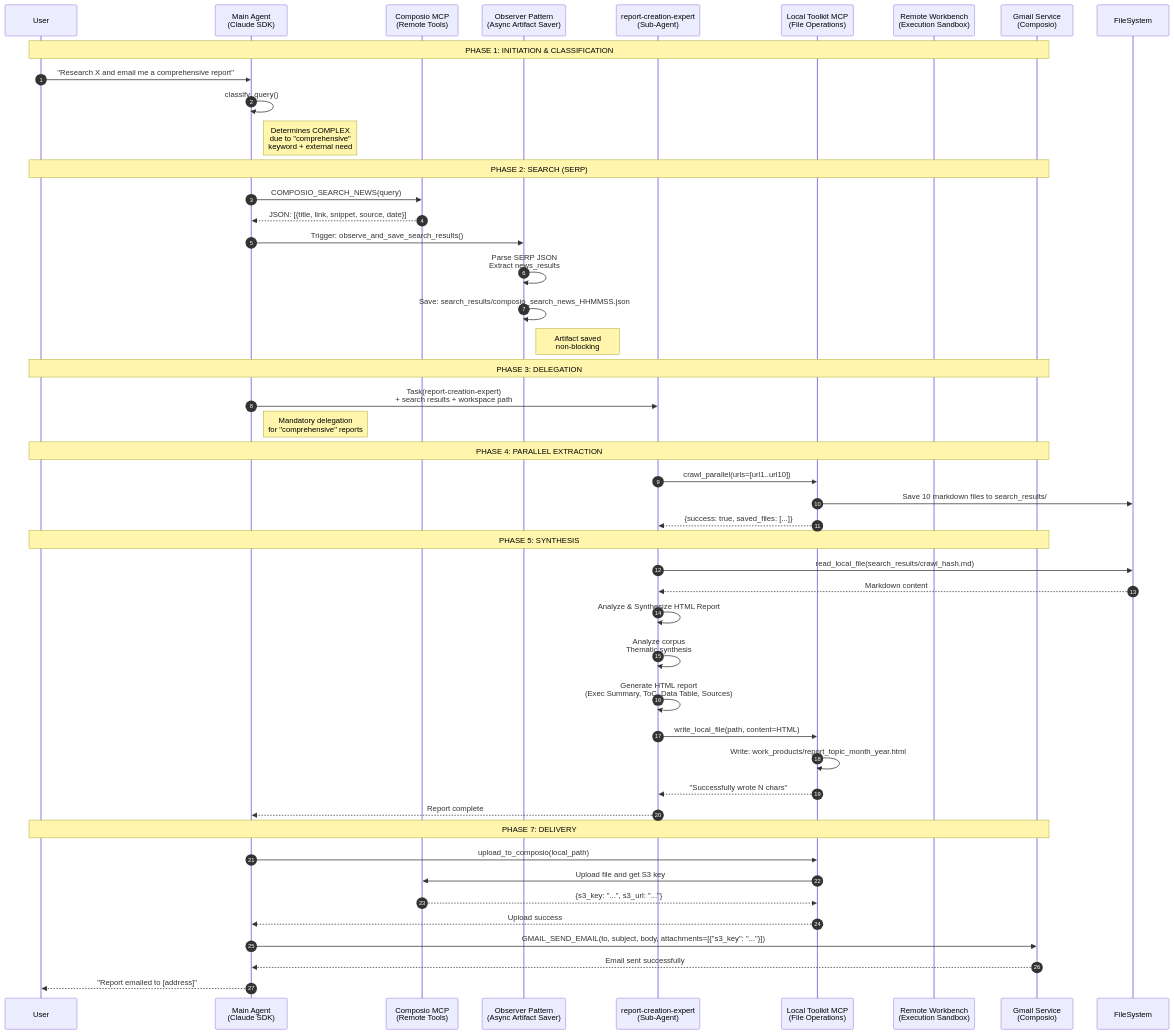
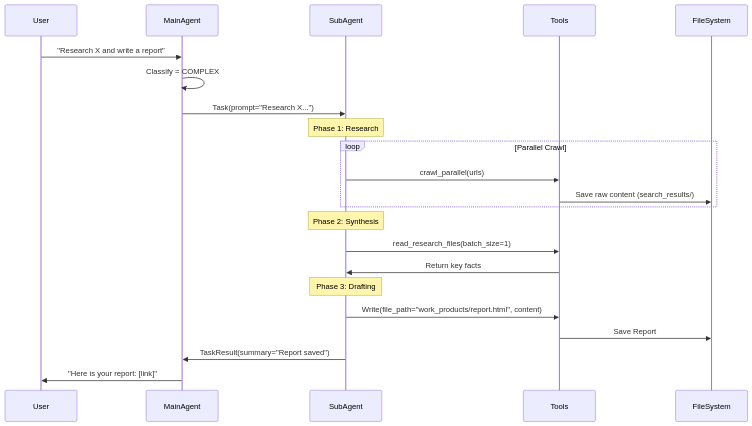
One commit to Kjdragan/universal_agent changed the diagram in Project_Documentation/Architecture/06_research_report_workflow.md. Above: the diagram before and after it, drawn with Mermaid. The commit also changed other lines of this file and 26 other files, not shown here.

Commit message:
Refactor agent core and architecture documentation, add new utilities, and introduce context exhaustion recovery design.

````diff
--- a/Project_Documentation/Architecture/06_research_report_workflow.md
+++ b/Project_Documentation/Architecture/06_research_report_workflow.md
@@ -44,55 +18,29 @@
 ```mermaid
 sequenceDiagram
-    autonumber
     participant User
-    participant MainAgent as Main Agent<br/>(Claude SDK)
-    participant ComposioMCP as Composio MCP<br/>(Remote Tools)
-    participant Observer as Observer Pattern<br/>(Async Artifact Saver)
-    participant SubAgent as report-creation-expert<br/>(Sub-Agent)
-
-    participant LocalToolkit as Local Toolkit MCP<br/>(File Operations)
-    participant RemoteWorkbench as Remote Workbench<br/>(Execution Sandbox)
-    participant GmailService as Gmail Service<br/>(Composio)
-
-    Note over User,GmailService: PHASE 1: INITIATION & CLASSIFICATION
-    User->>MainAgent: "Research X and email me a comprehensive report"
-    MainAgent->>MainAgent: classify_query()
-    Note right of MainAgent: Determines COMPLEX<br/>due to "comprehensive"<br/>keyword + external need
-
-    Note over User,GmailService: PHASE 2: SEARCH (SERP)
-    MainAgent->>ComposioMCP: COMPOSIO_SEARCH_NEWS(query)
-    ComposioMCP-->>MainAgent: JSON: [{title, link, snippet, source, date}]
-    MainAgent->>Observer: Trigger: observe_and_save_search_results()
-    Observer->>Observer: Parse SERP JSON<br/>Extract news_results
-    Observer->>Observer: Save: search_results/composio_search_news_HHMMSS.json
-    Note right of Observer: Artifact saved<br/>non-blocking
-
-    Note over User,GmailService: PHASE 3: DELEGATION
-    MainAgent->>SubAgent: Task(report-creation-expert)<br/>+ search results + workspace path
-    Note right of MainAgent: Mandatory delegation<br/>for "comprehensive" reports
-
-    Note over User,GmailService: PHASE 4: PARALLEL EXTRACTION
-    SubAgent->>LocalToolkit: crawl_parallel(urls=[url1..url10])
-    LocalToolkit->>FileSystem: Save 10 markdown files to search_results/
-    LocalToolkit-->>SubAgent: {success: true, saved_files: [...]}
-
-    Note over User,GmailService: PHASE 5: SYNTHESIS
-    SubAgent->>FileSystem: read_local_file(search_results/crawl_hash.md)
-    FileSystem-->>SubAgent: Markdown content
-    SubAgent->>SubAgent: Analyze & Synthesize HTML Report
-    SubAgent->>SubAgent: Analyze corpus<br/>Thematic synthesis
-    SubAgent->>SubAgent: Generate HTML report<br/>(Exec Summary, ToC, Data Table, Sources)
-    SubAgent->>LocalToolkit: write_local_file(path, content=HTML)
-    LocalToolkit->>LocalToolkit: Write: work_products/report_topic_month_year.html
-    LocalToolkit-->>SubAgent: "Successfully wrote N chars"
-    SubAgent-->>MainAgent: Report complete
-
-    Note over User,GmailService: PHASE 7: DELIVERY
-    MainAgent->>LocalToolkit: upload_to_composio(local_path)
-    LocalToolkit->>ComposioMCP: Upload file and get S3 key
-    ComposioMCP-->>LocalToolkit: {s3_key: "...", s3_url: "..."}
-    LocalToolkit-->>MainAgent: Upload success
-    MainAgent->>GmailService: GMAIL_SEND_EMAIL(to, subject, body, attachments=[{"s3_key": "..."}])
-    GmailService-->>MainAgent: Email sent successfully
-    MainAgent-->>User: "Report emailed to [address]"
+    participant MainAgent
+    participant SubAgent
+    participant Tools
+    participant FileSystem
+    
+    User->>MainAgent: "Research X and write a report"
+    MainAgent->>MainAgent: Classify = COMPLEX
+    MainAgent->>SubAgent: Task(prompt="Research X...")
+    
+    note over SubAgent: Phase 1: Research
+    loop Parallel Crawl
+        SubAgent->>Tools: crawl_parallel(urls)
+        Tools->>FileSystem: Save raw content (search_results/)
+    end
+    
+    note over SubAgent: Phase 2: Synthesis
+    SubAgent->>Tools: read_research_files(batch_size=1)
+    Tools->>SubAgent: Return key facts
+    
+    note over SubAgent: Phase 3: Drafting
+    SubAgent->>Tools: Write(file_path="work_products/report.html", content)
+    Tools->>FileSystem: Save Report
+    
+    SubAgent->>MainAgent: TaskResult(summary="Report saved")
+    MainAgent->>User: "Here is your report: [link]"
 ```
````
